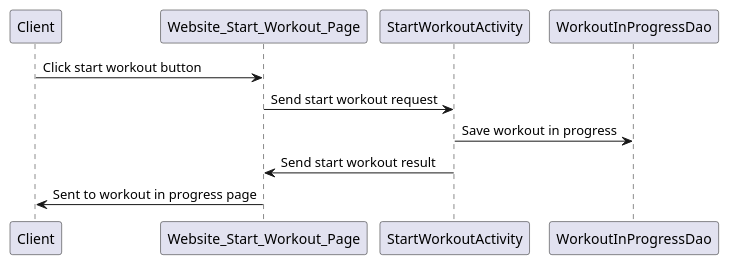
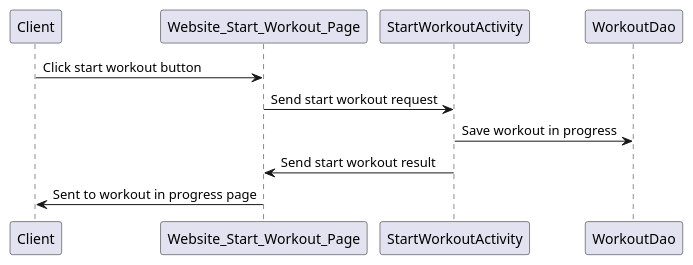
One commit to Traversg/capstone changed the diagram in src/main/resources/start-workout.puml. Above: the diagram before and after it, drawn with PlantUML. The commit also changed 2 other files, not shown here.

Commit message:
eliminated workout in progress added GSI

```diff
--- a/src/main/resources/start-workout.puml
+++ b/src/main/resources/start-workout.puml
@@ -1,9 +1,9 @@
 @startuml
 'https://plantuml.com/sequence-diagram
 
 Client -> Website_Start_Workout_Page: Click start workout button
 Website_Start_Workout_Page -> StartWorkoutActivity: Send start workout request
-StartWorkoutActivity -> WorkoutInProgressDao: Save workout in progress
+StartWorkoutActivity -> WorkoutDao: Save workout in progress
 StartWorkoutActivity -> Website_Start_Workout_Page: Send start workout result
 Website_Start_Workout_Page -> Client: Sent to workout in progress page
 @enduml
```
